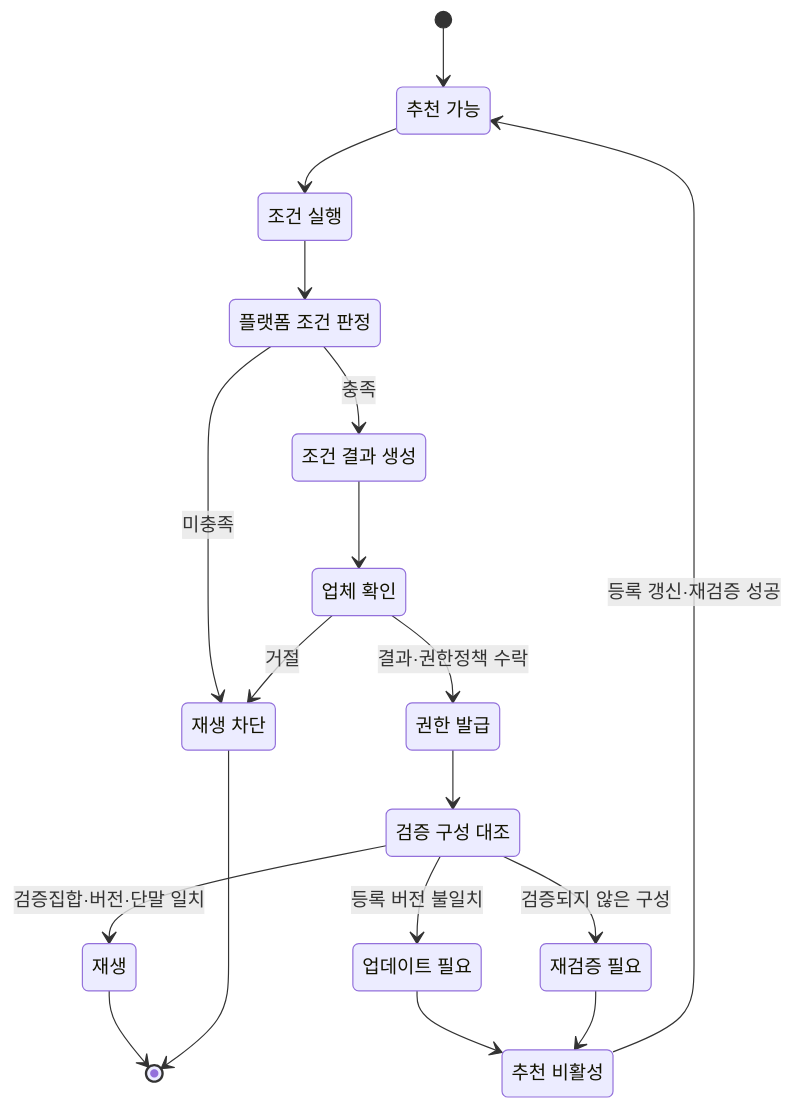
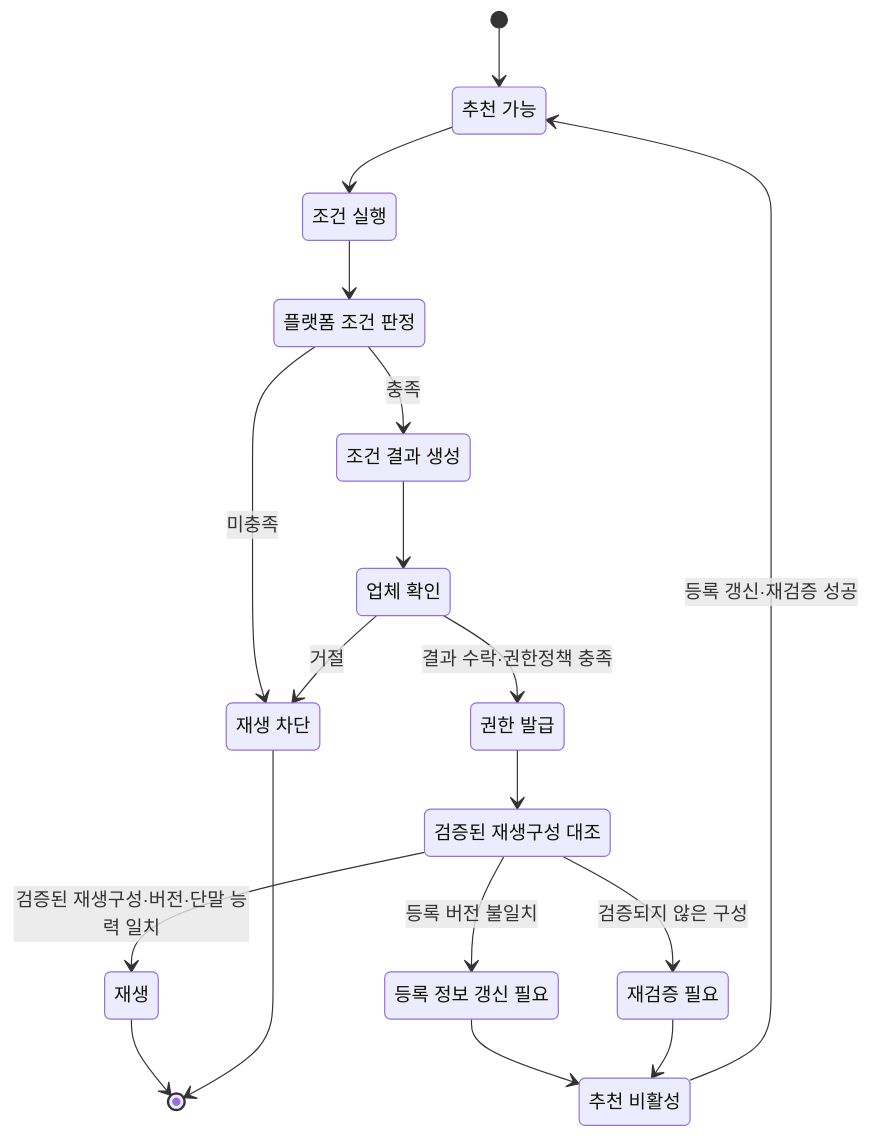
One commit to growdai1y/instant-play changed the eighth of 14 diagrams in instant_play_직무발명서_개선본.md. Above: the diagram before and after it, drawn with Mermaid. The commit also changed other lines of this file and 10 other files, not shown here.

````diff
--- a/instant_play_직무발명서_개선본.md
+++ b/instant_play_직무발명서_개선본.md
@@ -1118,33 +1123,33 @@
 ```mermaid
 stateDiagram-v2
     state "추천 가능" as Ready
     state "조건 실행" as Condition
     state "플랫폼 조건 판정" as Decision
     state "조건 결과 생성" as Result
     state "업체 확인" as ProviderCheck
     state "권한 발급" as Granted
-    state "검증 구성 대조" as ConfigCheck
+    state "검증된 재생구성 대조" as ConfigCheck
     state "재생" as Playing
     state "재생 차단" as Blocked
-    state "업데이트 필요" as Update
+    state "등록 정보 갱신 필요" as Update
     state "재검증 필요" as Reverify
     state "추천 비활성" as Disabled
 
     [*] --> Ready
     Ready --> Condition
     Condition --> Decision
     Decision --> Result: 충족
     Decision --> Blocked: 미충족
     Result --> ProviderCheck
-    ProviderCheck --> Granted: 결과·권한정책 수락
+    ProviderCheck --> Granted: 결과 수락·권한정책 충족
     ProviderCheck --> Blocked: 거절
     Granted --> ConfigCheck
-    ConfigCheck --> Playing: 검증집합·버전·단말 일치
+    ConfigCheck --> Playing: 검증된 재생구성·버전·단말 능력 일치
     ConfigCheck --> Update: 등록 버전 불일치
     ConfigCheck --> Reverify: 검증되지 않은 구성
     Update --> Disabled
     Reverify --> Disabled
     Disabled --> Ready: 등록 갱신·재검증 성공
     Playing --> [*]
     Blocked --> [*]
 ```
````
